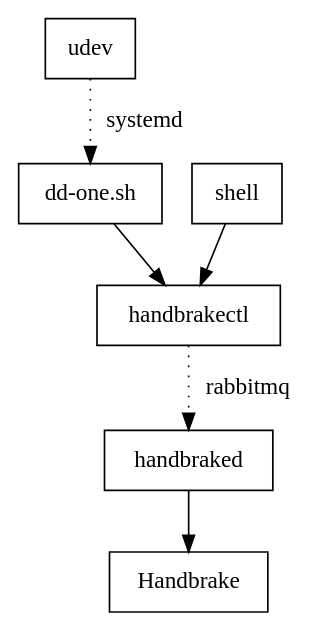
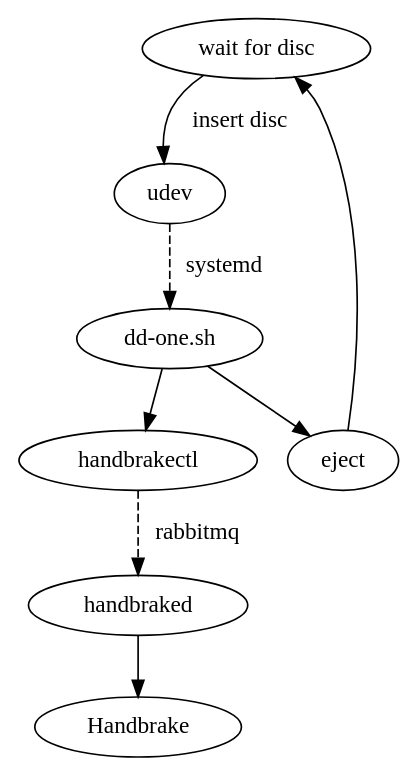
The diagram in static/handbraked1.dot (mgalgs/mgalgs.github.io), drawn with Graphviz before and after one commit. The commit also changed 3 other files, not shown here.

Commit message:
handbraked: more details on dot graphs

```diff
--- a/static/handbraked1.dot
+++ b/static/handbraked1.dot
@@ -1,8 +1,11 @@
 digraph G {
-    node [shape="box"];
-    udev -> "dd-one.sh" [label=" systemd",style=dotted];
+#    node [shape="box"];
+    "wait for disc" -> udev [label=" insert disc  "];
+    udev -> "dd-one.sh" [label=" systemd",style=dashed];
     "dd-one.sh" -> handbrakectl;
-    shell -> handbrakectl;
-    handbrakectl -> handbraked [label=" rabbitmq",style=dotted];
+    "dd-one.sh" -> eject;
+    eject -> "wait for disc";
+    // shell -> handbrakectl;
+    handbrakectl -> handbraked [label=" rabbitmq",style=dashed];
     handbraked -> Handbrake;
 }
```
